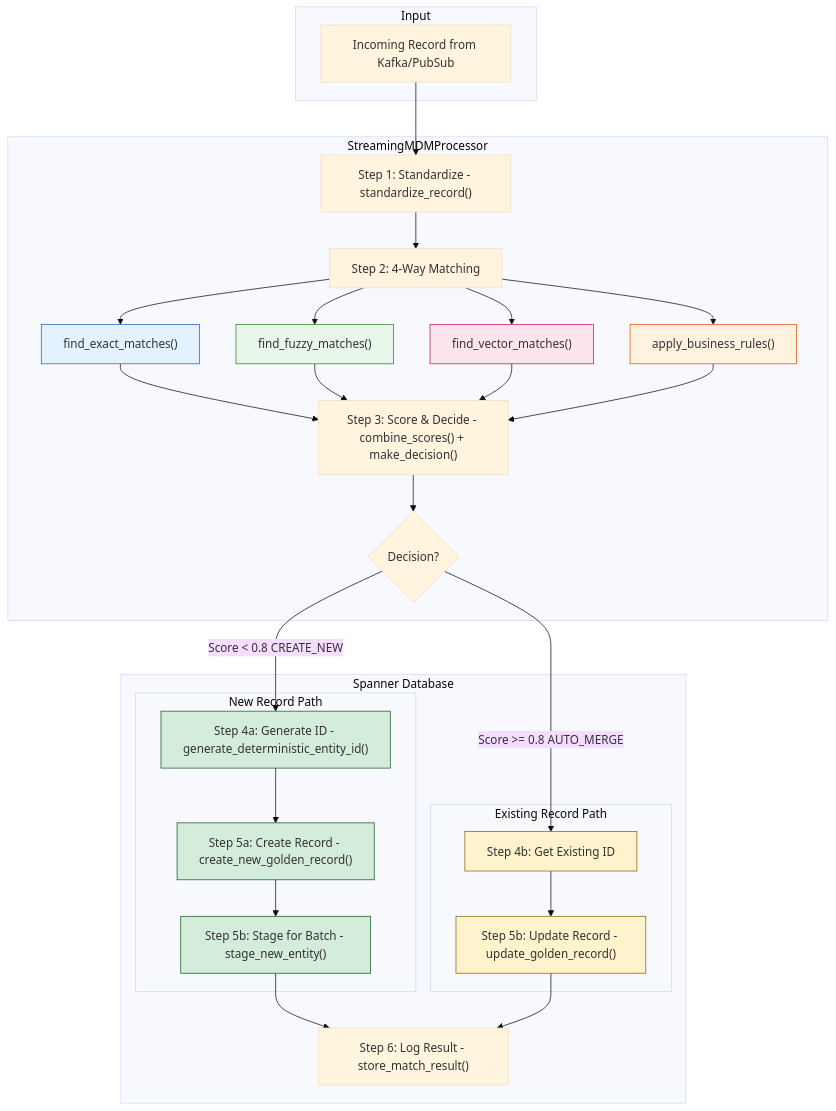
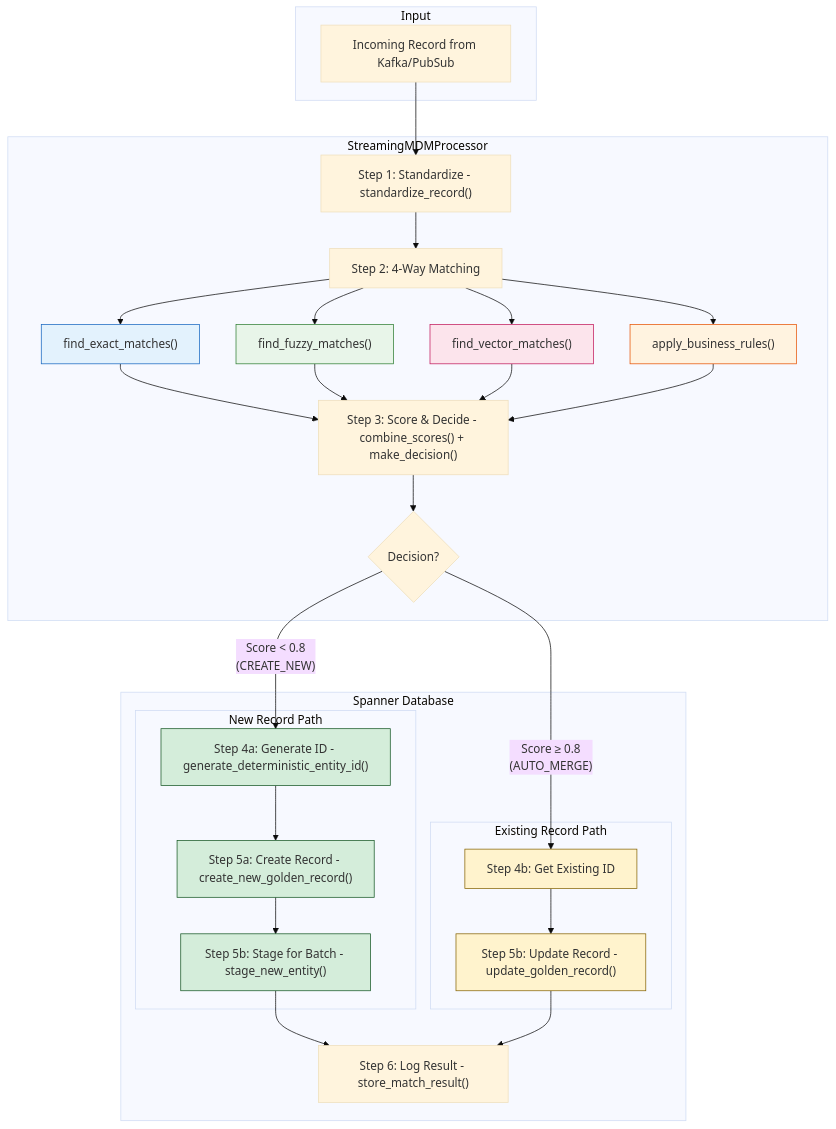
Before and after one commit to johanesalxd/mdm-gcp: the fourth of 5 diagrams in presentation_github.md, drawn with Mermaid (base theme). The commit also changed other lines of this file, not shown here.

Commit message:
some code cleanups

````diff
--- a/presentation_github.md
+++ b/presentation_github.md
@@ -228,63 +228,57 @@
 ```mermaid
 flowchart TD
     subgraph Input["Input"]
         A[Incoming Record from Kafka/PubSub]
     end
 
     subgraph Processing["StreamingMDMProcessor"]
         B["Step 1: Standardize - standardize_record()"]
         C["Step 2: 4-Way Matching"]
         C1["find_exact_matches()"]
         C2["find_fuzzy_matches()"]
         C3["find_vector_matches()"]
         C4["apply_business_rules()"]
         D["Step 3: Score & Decide - combine_scores() + make_decision()"]
         E{Decision?}
     end
 
     subgraph SpannerDB["Spanner Database"]
         subgraph New["New Record Path"]
             F_NEW["Step 4a: Generate ID - generate_deterministic_entity_id()"]
             G_NEW["Step 5a: Create Record - create_new_golden_record()"]
             I_NEW["Step 5b: Stage for Batch - stage_new_entity()"]
         end
         subgraph Merge["Existing Record Path"]
             F_MERGE["Step 4b: Get Existing ID"]
             G_MERGE["Step 5b: Update Record - update_golden_record()"]
         end
         H["Step 6: Log Result - store_match_result()"]
     end
 
     A --> B
     B --> C
-    C --> C1
-    C --> C2
-    C --> C3
-    C --> C4
-    C1 --> D
-    C2 --> D
-    C3 --> D
-    C4 --> D
+    C --> C1 & C2 & C3 & C4
+    C1 & C2 & C3 & C4 --> D
     D --> E
-    E -->|Score < 0.8 CREATE_NEW| F_NEW
-    E -->|Score >= 0.8 AUTO_MERGE| F_MERGE
+    E -- "Score < 0.8<br/>(CREATE_NEW)" --> F_NEW
+    E -- "Score ≥ 0.8<br/>(AUTO_MERGE)" --> F_MERGE
     F_NEW --> G_NEW
     F_MERGE --> G_MERGE
     G_NEW --> I_NEW
     I_NEW --> H
     G_MERGE --> H
 
     classDef newPath fill:#d4edda,stroke:#155724
     classDef mergePath fill:#fff3cd,stroke:#856404
     classDef exactMatch fill:#e3f2fd,stroke:#1565c0
     classDef fuzzyMatch fill:#e8f5e9,stroke:#2e7d32
     classDef vectorMatch fill:#fce4ec,stroke:#c2185b
     classDef businessMatch fill:#fff3e0,stroke:#e65100
 
     class F_NEW,G_NEW,I_NEW newPath
     class F_MERGE,G_MERGE mergePath
     class C1 exactMatch
     class C2 fuzzyMatch
     class C3 vectorMatch
     class C4 businessMatch
 ```
````
